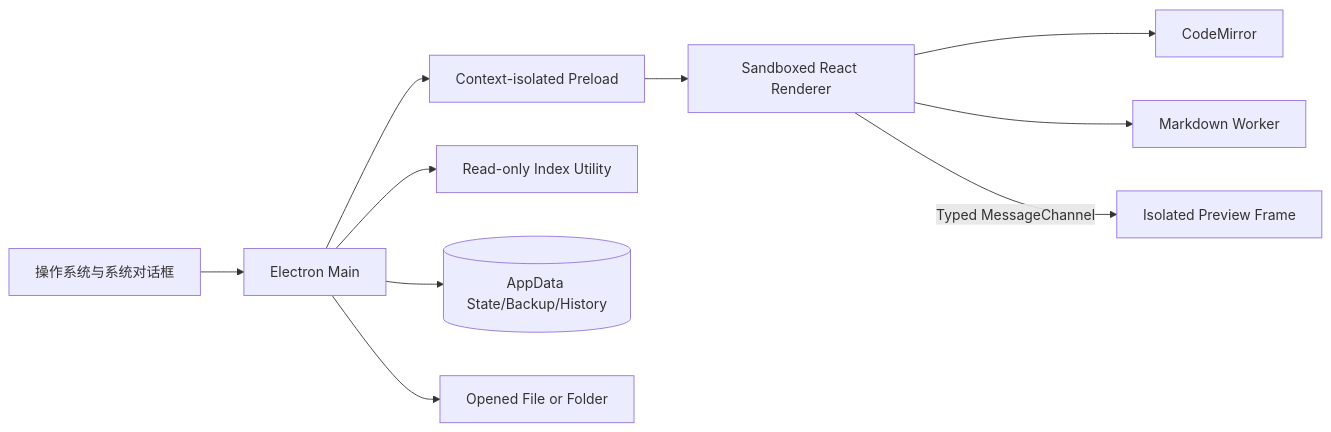
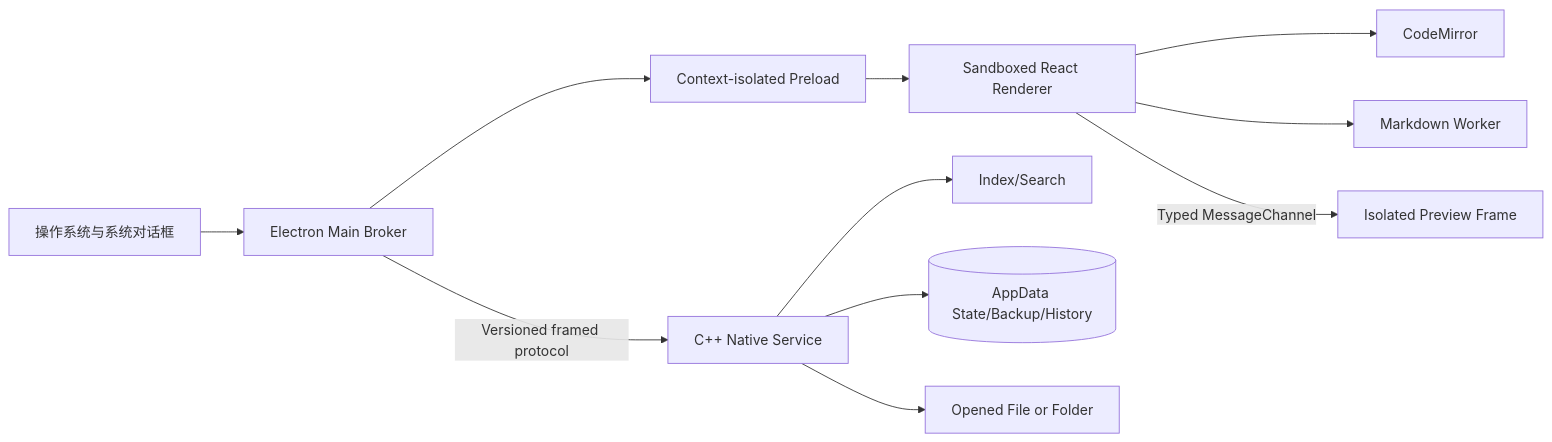
One commit to FormingSystem/linux_note changed the first of 2 diagrams in tools/practice_tool/docs/architecture/engineering/desktop_runtime_and_document_services.md. Above: the diagram before and after it, drawn with Mermaid. The commit also changed other lines of this file and 47 other files, not shown here.

````diff
--- a/tools/practice_tool/docs/architecture/engineering/desktop_runtime_and_document_services.md
+++ b/tools/practice_tool/docs/architecture/engineering/desktop_runtime_and_document_services.md
@@ -20,12 +20,13 @@
 ```mermaid
 flowchart LR
-    OS[操作系统与系统对话框] --> MAIN[Electron Main]
+    OS[操作系统与系统对话框] --> MAIN[Electron Main Broker]
+    MAIN -->|Versioned framed protocol| NATIVE[C++ Native Service]
     MAIN --> PRELOAD[Context-isolated Preload]
     PRELOAD --> RENDERER[Sandboxed React Renderer]
     RENDERER --> EDITOR[CodeMirror]
     RENDERER --> WORKER[Markdown Worker]
     RENDERER -->|Typed MessageChannel| PREVIEW[Isolated Preview Frame]
-    MAIN --> INDEXER[Read-only Index Utility]
-    MAIN --> APPDATA[(AppData State/Backup/History)]
-    MAIN --> FS[Opened File or Folder]
+    NATIVE --> INDEXER[Index/Search]
+    NATIVE --> APPDATA[(AppData State/Backup/History)]
+    NATIVE --> FS[Opened File or Folder]
 ```
````
